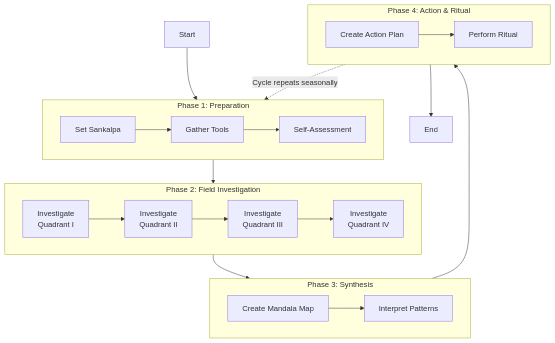
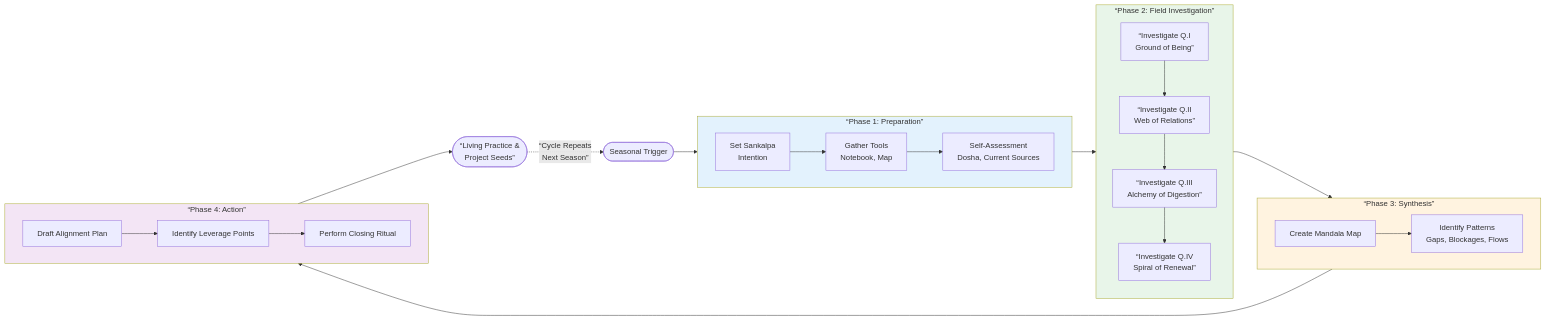
One commit to ravaioli/solarpunk-mandala changed the second of 3 diagrams in guides/protocols/06-local-food-audit.md. Above: the diagram before and after it, drawn with Mermaid. The commit also changed other lines of this file, not shown here.

````diff
--- a/guides/protocols/06-local-food-audit.md
+++ b/guides/protocols/06-local-food-audit.md
@@ -45,23 +174,31 @@
 ```mermaid
-flowchart TD
-    subgraph S1[Phase 1: Preparation]
+flowchart LR
+    subgraph P1[“Phase 1: Preparation”]
         direction LR
-        P1[Set Sankalpa] --> P2[Gather Tools] --> P3[Self-Assessment]
+        1A[Set Sankalpa<br/>Intention] --> 1B[Gather Tools<br/>Notebook, Map] --> 1C[Self-Assessment<br/>Dosha, Current Sources]
     end
 
-    subgraph S2[Phase 2: Field Investigation]
-        Q1[Investigate<br>Quadrant I] --> Q2[Investigate<br>Quadrant II] --> Q3[Investigate<br>Quadrant III] --> Q4[Investigate<br>Quadrant IV]
+    subgraph P2[“Phase 2: Field Investigation”]
+        direction TB
+        2A[“Investigate Q.I<br/>Ground of Being”] --> 2B[“Investigate Q.II<br/>Web of Relations”] --> 2C[“Investigate Q.III<br/>Alchemy of Digestion”] --> 2D[“Investigate Q.IV<br/>Spiral of Renewal”]
     end
 
-    subgraph S3[Phase 3: Synthesis]
-        M1[Create Mandala Map] --> M2[Interpret Patterns]
+    subgraph P3[“Phase 3: Synthesis”]
+        direction LR
+        3A[Create Mandala Map] --> 3B[Identify Patterns<br/>Gaps, Blockages, Flows]
     end
 
-    subgraph S4[Phase 4: Action & Ritual]
-        A1[Create Action Plan] --> A2[Perform Ritual]
+    subgraph P4[“Phase 4: Action”]
+        direction LR
+        4A[Draft Alignment Plan] --> 4B[Identify Leverage Points] --> 4C[Perform Closing Ritual]
     end
 
-    Start --> S1 --> S2 --> S3 --> S4 --> End
-    
-    S4 -.->|Cycle repeats seasonally| S1
+    Start([Seasonal Trigger]) --> P1 --> P2 --> P3 --> P4 --> End([“Living Practice &<br/>Project Seeds”])
+
+    End -.->|“Cycle Repeats<br/>Next Season”| Start
+
+    style P1 fill:#e3f2fd
+    style P2 fill:#e8f5e9
+    style P3 fill:#fff3e0
+    style P4 fill:#f3e5f5
 ```
````
